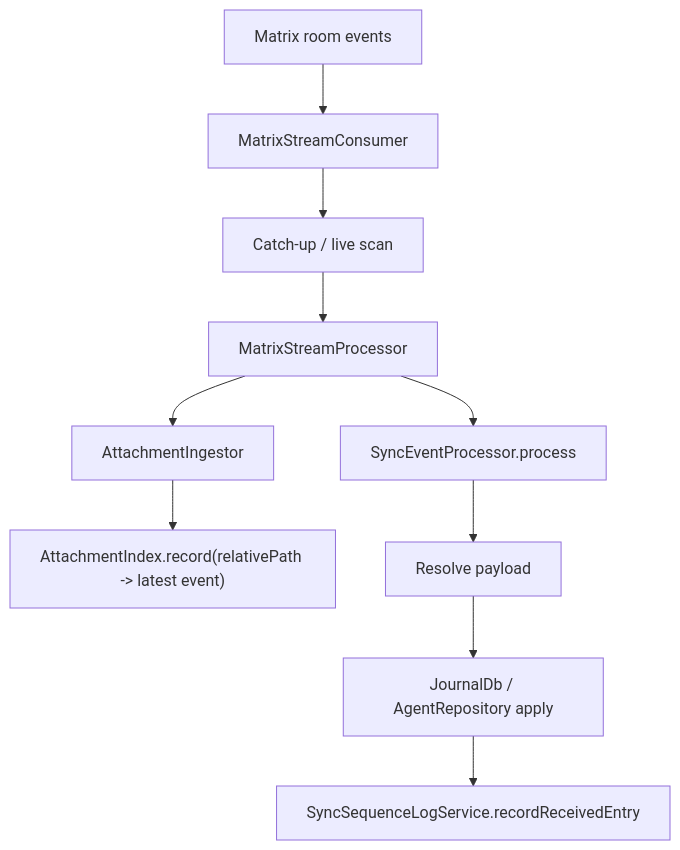
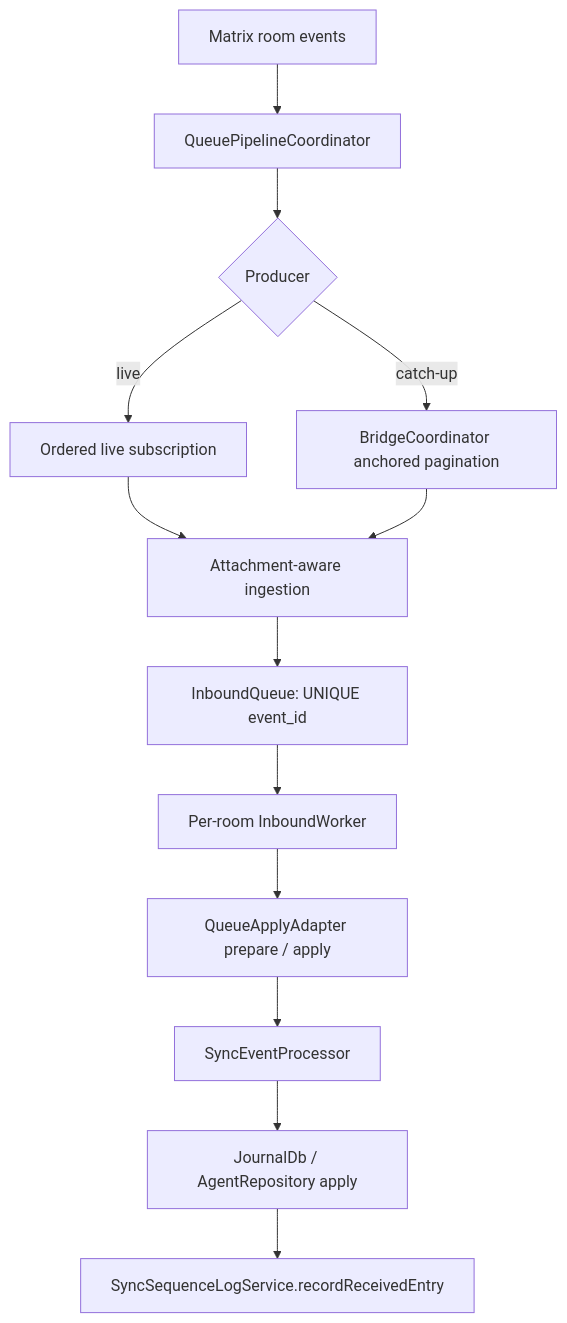
Before and after one commit to matthiasn/lotti: the third of 8 diagrams in docs/architecture/sync_current_architecture.md, drawn with Mermaid. The commit also changed other lines of this file and 9 other files, not shown here.

````diff
--- a/docs/architecture/sync_current_architecture.md
+++ b/docs/architecture/sync_current_architecture.md
@@ -350,12 +361,15 @@
 ```mermaid
 flowchart TD
-  A["Matrix room events"] --> B["MatrixStreamConsumer"]
-  B --> C["Catch-up / live scan"]
-  C --> D["MatrixStreamProcessor"]
-  D --> E["AttachmentIngestor"]
-  E --> F["AttachmentIndex.record(relativePath -> latest event)"]
-  D --> G["SyncEventProcessor.process"]
-  G --> H["Resolve payload"]
-  H --> I["JournalDb / AgentRepository apply"]
-  I --> J["SyncSequenceLogService.recordReceivedEntry"]
+  A["Matrix room events"] --> B["QueuePipelineCoordinator"]
+  B --> C{"Producer"}
+  C -->|live| D["Ordered live subscription"]
+  C -->|catch-up| E["BridgeCoordinator anchored pagination"]
+  D --> F["Attachment-aware ingestion"]
+  E --> F
+  F --> G["InboundQueue: UNIQUE event_id"]
+  G --> H["Per-room InboundWorker"]
+  H --> I["QueueApplyAdapter prepare / apply"]
+  I --> J["SyncEventProcessor"]
+  J --> K["JournalDb / AgentRepository apply"]
+  K --> L["SyncSequenceLogService.recordReceivedEntry"]
 ```
````
